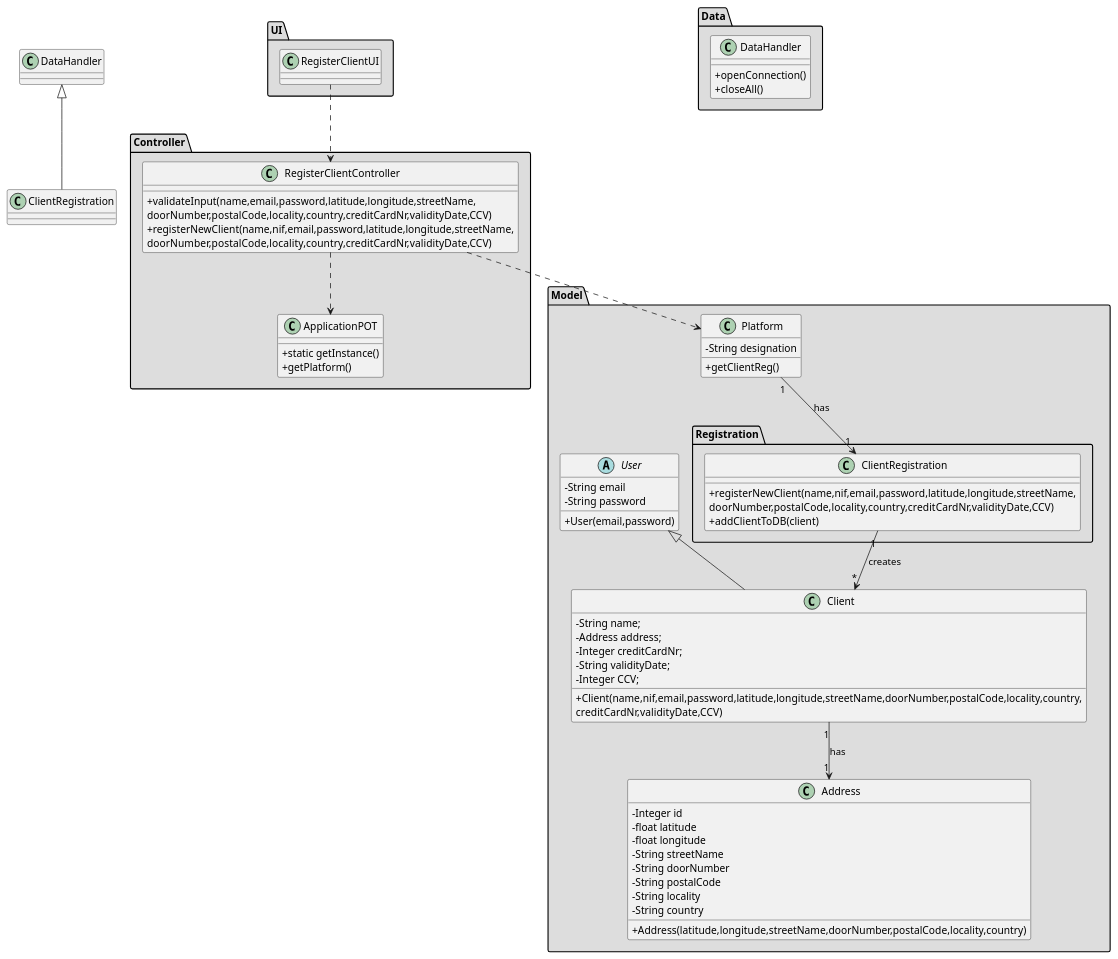
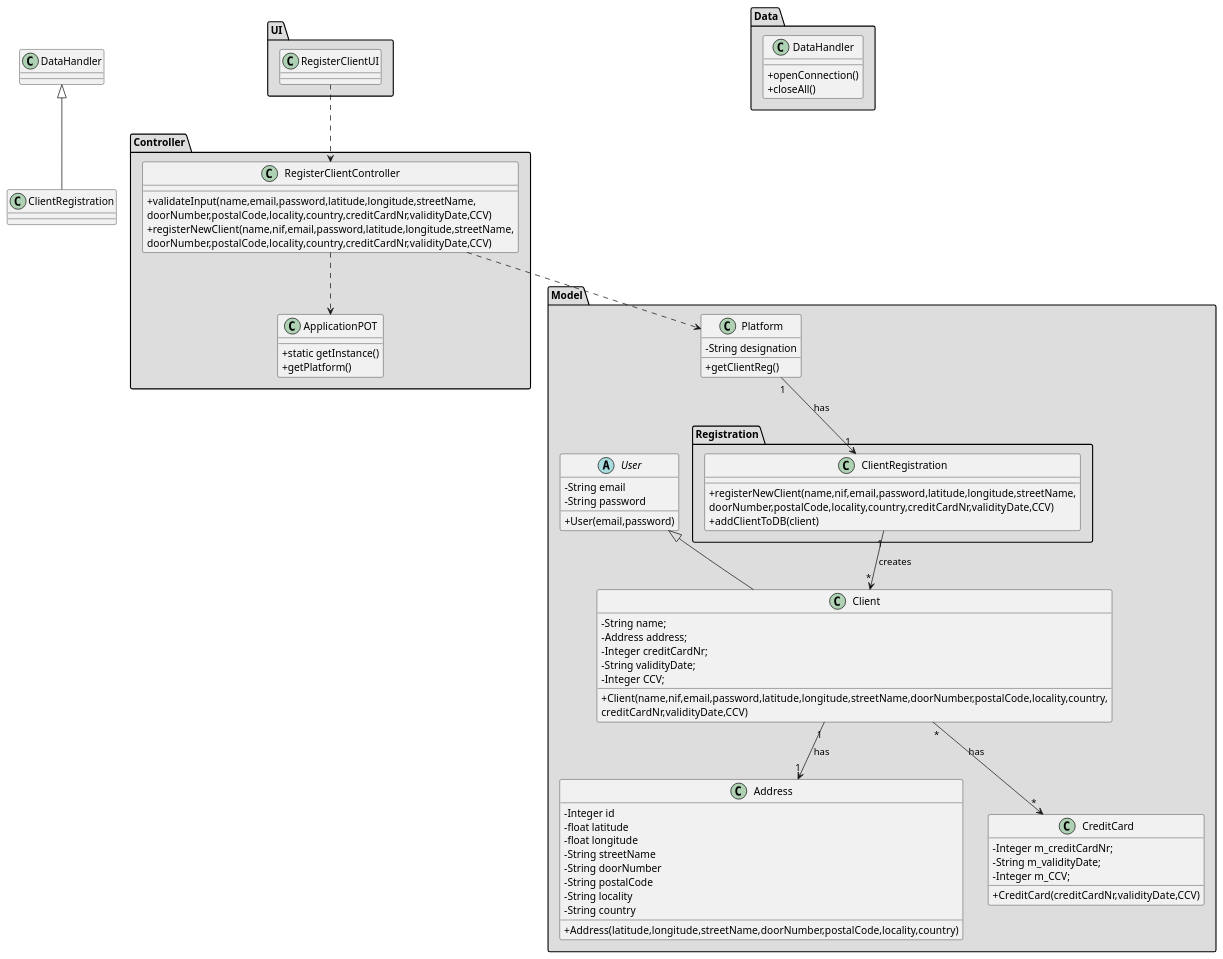
One commit to tiagoavcosta25/LAPR3 changed the diagram in docs/Iteration 1/User Management/US18_RegisterClient/US18_CD.puml. Above: the diagram before and after it, drawn with PlantUML. The commit also changed 7 other files, not shown here.

```diff
--- a/docs/Iteration 1/User Management/US18_RegisterClient/US18_CD.puml
+++ b/docs/Iteration 1/User Management/US18_RegisterClient/US18_CD.puml
@@ -1,97 +1,104 @@
 @startuml
 skinparam classAttributeIconSize 0
 
 
 package "Controller" #DDDDDD {
 class ApplicationPOT
 {
   +static getInstance()
   +getPlatform()
 }
 }
 
 
 package "UI" #DDDDDD {
 class RegisterClientUI{
 
 }
 }
 
 
 package "Controller" #DDDDDD {
 class RegisterClientController{
 +validateInput(name,email,password,latitude,longitude,streetName,\ndoorNumber,postalCode,locality,country,creditCardNr,validityDate,CCV)
 +registerNewClient(name,nif,email,password,latitude,longitude,streetName,\ndoorNumber,postalCode,locality,country,creditCardNr,validityDate,CCV)
 }
 }
 
 
 package "Model" #DDDDDD {
 class Platform {
   -String designation
   +getClientReg()
 }
 package "Registration" #DDDDDD {
  class ClientRegistration{
  +registerNewClient(name,nif,email,password,latitude,longitude,streetName,\ndoorNumber,postalCode,locality,country,creditCardNr,validityDate,CCV)
  +addClientToDB(client)
  }
  }
 }
 
 
 
 
 package "Model" #DDDDDD {
 abstract class User{
 -String email
 -String password
 +User(email,password)
 }
 
 class Client extends User
 
 class Client{
 -String name;
 -Address address;
 -Integer creditCardNr;
 -String validityDate;
 -Integer CCV;
 +Client(name,nif,email,password,latitude,longitude,streetName,doorNumber,postalCode,locality,country,
                         creditCardNr,validityDate,CCV)
 }
 
 class Address{
 -Integer id
 -float latitude
 -float longitude
 -String streetName
 -String doorNumber
 -String postalCode
 -String locality
 -String country
 +Address(latitude,longitude,streetName,doorNumber,postalCode,locality,country)
 }
 
+class CreditCard{
+-Integer m_creditCardNr;
+-String m_validityDate;
+-Integer m_CCV;
++CreditCard(creditCardNr,validityDate,CCV)
+}
+
 }
 
 
 package "Data" #DDDDDD {
 class DataHandler{
 +openConnection()
 +closeAll()
 }
 
 }
 
 
 RegisterClientUI ..> RegisterClientController
 RegisterClientController ..> Platform
 RegisterClientController ..> ApplicationPOT
 Platform "1" --> "1" ClientRegistration : has
 ClientRegistration "1" --> "*" Client : creates
 class ClientRegistration extends DataHandler
 Client "1" --> "1" Address : has
-
+Client "*" --> "*" CreditCard : has
 
 @enduml
```
